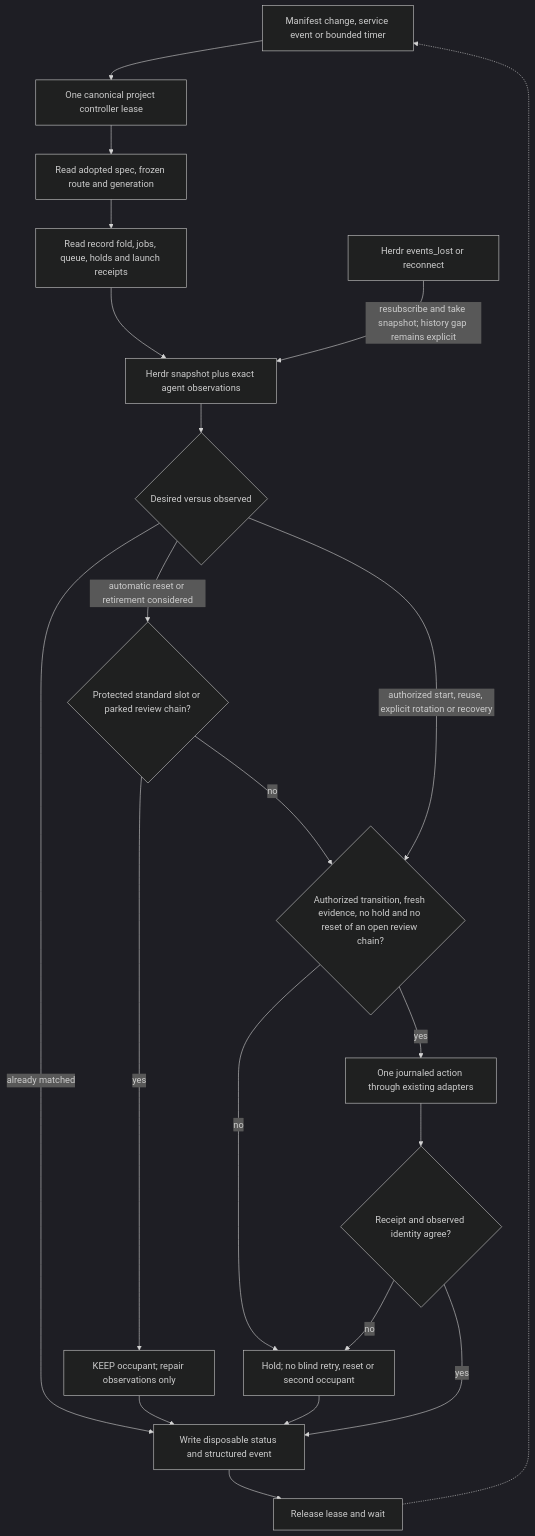
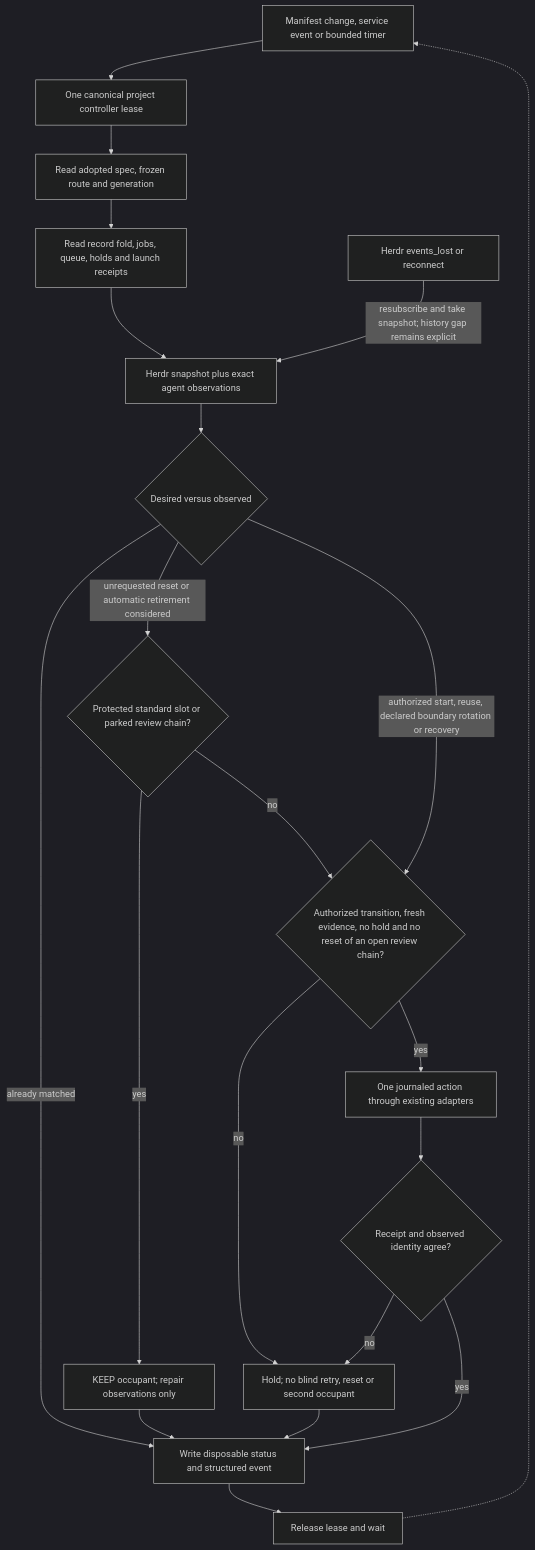
The diagram in docs/research/session-architecture/diagrams/06-proposed-reconcile-loop.mmd (rewt/herdr-brain), drawn with Mermaid (dark theme) before and after one commit. The commit also changed 7 other files, not shown here.

```diff
--- a/docs/research/session-architecture/diagrams/06-proposed-reconcile-loop.mmd
+++ b/docs/research/session-architecture/diagrams/06-proposed-reconcile-loop.mmd
@@ -1,28 +1,28 @@
 flowchart TD
   Wake[Manifest change, service event or bounded timer]
   Lock[One canonical project controller lease]
   Desired[Read adopted spec, frozen route and generation]
   Facts[Read record fold, jobs, queue, holds and launch receipts]
   Observe[Herdr snapshot plus exact agent observations]
   Compare{Desired versus observed}
   Standard{Protected standard slot or parked review chain?}
   Keep[KEEP occupant; repair observations only]
   Safe{Authorized transition, fresh evidence, no hold and no reset of an open review chain?}
   Action[One journaled action through existing adapters]
   Result{Receipt and observed identity agree?}
   Status[Write disposable status and structured event]
   Ambiguous[Hold; no blind retry, reset or second occupant]
   Wake --> Lock --> Desired --> Facts --> Observe --> Compare
   Compare -->|already matched| Status
-  Compare -->|automatic reset or retirement considered| Standard
+  Compare -->|unrequested reset or automatic retirement considered| Standard
   Standard -->|yes| Keep --> Status
   Standard -->|no| Safe
-  Compare -->|authorized start, reuse, explicit rotation or recovery| Safe
+  Compare -->|authorized start, reuse, declared boundary rotation or recovery| Safe
   Safe -->|no| Ambiguous --> Status
   Safe -->|yes| Action --> Result
   Result -->|yes| Status
   Result -->|no| Ambiguous
   Status --> Release[Release lease and wait]
   Release -.-> Wake
   Gap[Herdr events_lost or reconnect]
   Gap -->|resubscribe and take snapshot; history gap remains explicit| Observe
```
